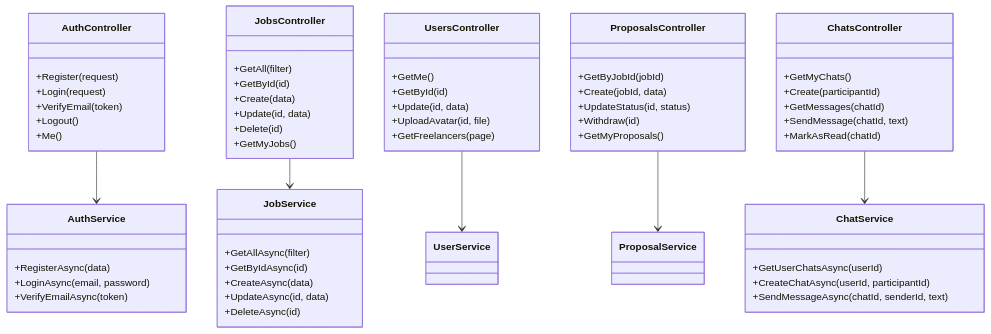
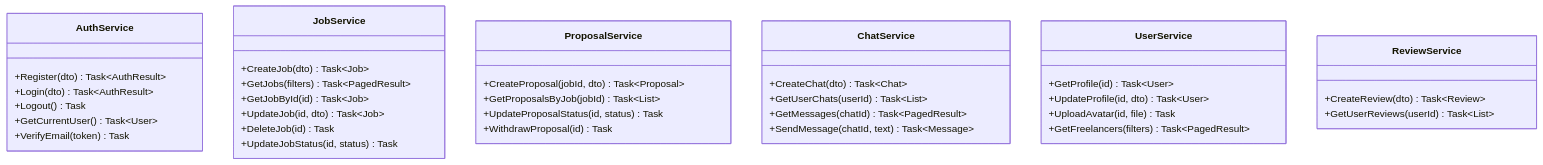
The diagram in explanatory_note_assets/diagram_classes.mmd (ksenomin/Synq), drawn with Mermaid before and after one commit. The commit also changed 26 other files, not shown here.

Commit message:
feat: replace chat polling with SignalR WebSocket, refactor signalr service, update docs

```diff
--- a/explanatory_note_assets/diagram_classes.mmd
+++ b/explanatory_note_assets/diagram_classes.mmd
@@ -1,67 +1,38 @@
 classDiagram
-  class AuthController {
-    +Register(request)
-    +Login(request)
-    +VerifyEmail(token)
-    +Logout()
-    +Me()
-  }
-
-  class JobsController {
-    +GetAll(filter)
-    +GetById(id)
-    +Create(data)
-    +Update(id, data)
-    +Delete(id)
-    +GetMyJobs()
-  }
-
-  class UsersController {
-    +GetMe()
-    +GetById(id)
-    +Update(id, data)
-    +UploadAvatar(id, file)
-    +GetFreelancers(page)
-  }
-
-  class ProposalsController {
-    +GetByJobId(jobId)
-    +Create(jobId, data)
-    +UpdateStatus(id, status)
-    +Withdraw(id)
-    +GetMyProposals()
-  }
-
-  class ChatsController {
-    +GetMyChats()
-    +Create(participantId)
-    +GetMessages(chatId)
-    +SendMessage(chatId, text)
-    +MarkAsRead(chatId)
-  }
-
-  class AuthService {
-    +RegisterAsync(data)
-    +LoginAsync(email, password)
-    +VerifyEmailAsync(token)
-  }
-
-  class JobService {
-    +GetAllAsync(filter)
-    +GetByIdAsync(id)
-    +CreateAsync(data)
-    +UpdateAsync(id, data)
-    +DeleteAsync(id)
-  }
-
-  class ChatService {
-    +GetUserChatsAsync(userId)
-    +CreateChatAsync(userId, participantId)
-    +SendMessageAsync(chatId, senderId, text)
-  }
-
-  AuthController --> AuthService
-  JobsController --> JobService
-  UsersController --> UserService
-  ProposalsController --> ProposalService
-  ChatsController --> ChatService
+    class AuthService {
+        +Register(dto) Task~AuthResult~
+        +Login(dto) Task~AuthResult~
+        +Logout() Task
+        +GetCurrentUser() Task~User~
+        +VerifyEmail(token) Task
+    }
+    class JobService {
+        +CreateJob(dto) Task~Job~
+        +GetJobs(filters) Task~PagedResult~
+        +GetJobById(id) Task~Job~
+        +UpdateJob(id, dto) Task~Job~
+        +DeleteJob(id) Task
+        +UpdateJobStatus(id, status) Task
+    }
+    class ProposalService {
+        +CreateProposal(jobId, dto) Task~Proposal~
+        +GetProposalsByJob(jobId) Task~List~
+        +UpdateProposalStatus(id, status) Task
+        +WithdrawProposal(id) Task
+    }
+    class ChatService {
+        +CreateChat(dto) Task~Chat~
+        +GetUserChats(userId) Task~List~
+        +GetMessages(chatId) Task~PagedResult~
+        +SendMessage(chatId, text) Task~Message~
+    }
+    class UserService {
+        +GetProfile(id) Task~User~
+        +UpdateProfile(id, dto) Task~User~
+        +UploadAvatar(id, file) Task
+        +GetFreelancers(filters) Task~PagedResult~
+    }
+    class ReviewService {
+        +CreateReview(dto) Task~Review~
+        +GetUserReviews(userId) Task~List~
+    }
```
